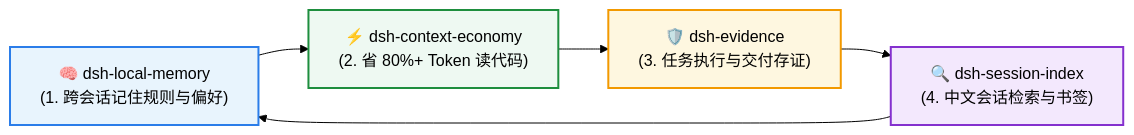
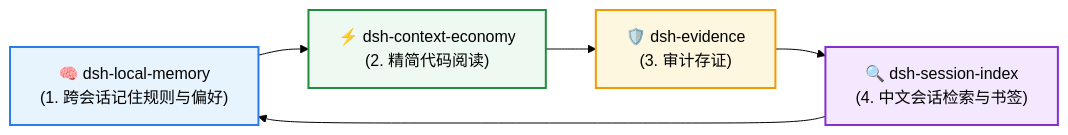
Before and after one commit to huangjua/dsh-session-index: the diagram in README_zh.md, drawn with Mermaid (forest theme). The commit also changed other lines of this file and 309 other files, not shown here.

````diff
--- a/README_zh.md
+++ b/README_zh.md
@@ -51,12 +57,12 @@
 ```mermaid
 flowchart LR
-    M["🧠 dsh-local-memory<br>(1. 跨会话记住规则与偏好)"] --> E["⚡ dsh-context-economy<br>(2. 省 80%+ Token 读代码)"]
-    E --> A["🛡️ dsh-evidence<br>(3. 任务执行与交付存证)"]
+    M["🧠 dsh-local-memory<br>(1. 跨会话记住规则与偏好)"] --> E["⚡ dsh-context-economy<br>(2. 精简代码阅读)"]
+    E --> A["🛡️ dsh-evidence<br>(3. 审计存证)"]
     A --> S["🔍 dsh-session-index<br>(4. 中文会话检索与书签)"]
     S --> M
 
     style M fill:#e8f4fd,stroke:#2b7de9,stroke-width:2px
     style E fill:#eef9f2,stroke:#1e8e3e,stroke-width:2px
     style A fill:#fef7e0,stroke:#f29900,stroke-width:2px
     style S fill:#f3e8fd,stroke:#8430ce,stroke-width:2px
 ```
````
